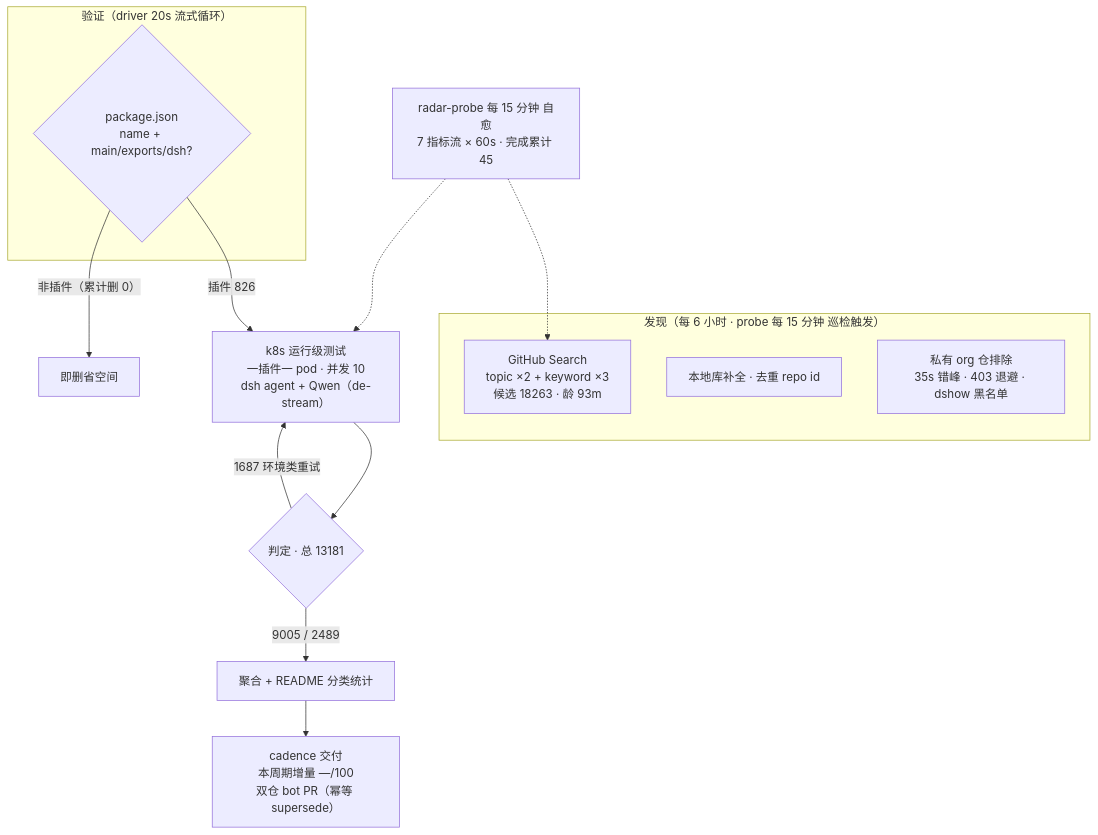
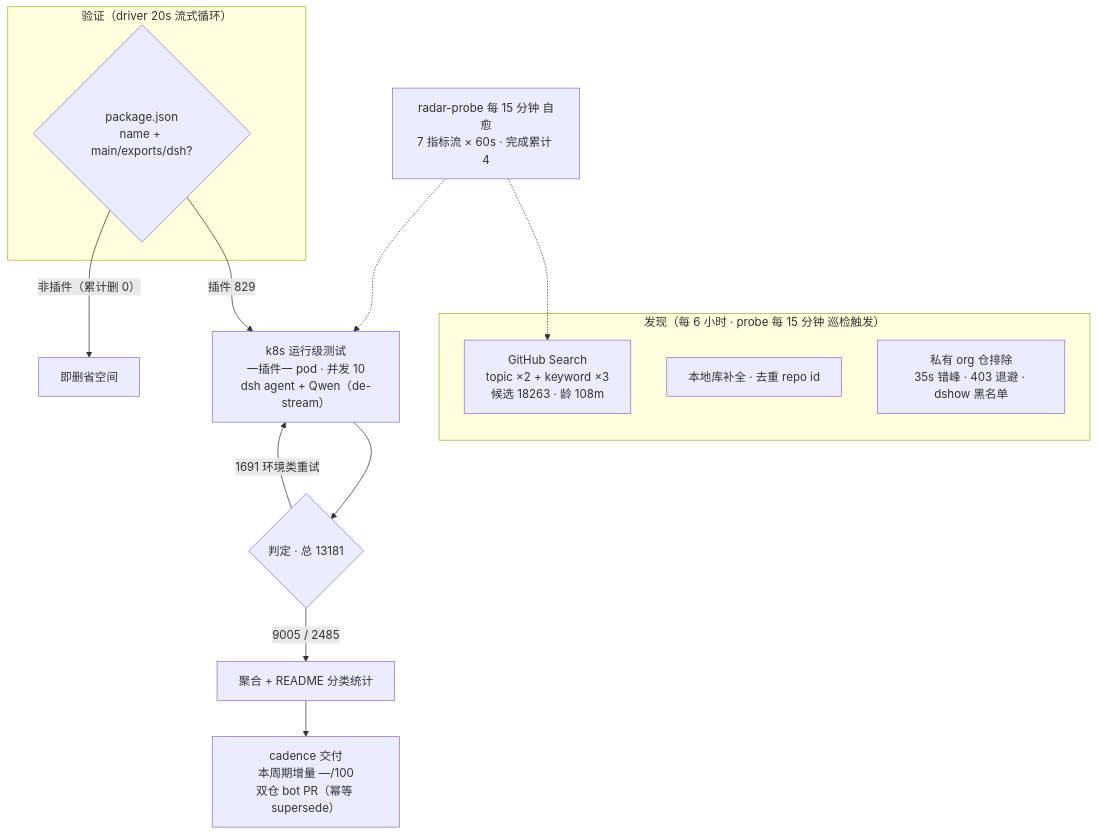
The diagram in README.md (AdamPlatin123/awesome-dsh-plugins), drawn with Mermaid before and after one commit. The commit also changed other lines of this file and 5 other files, not shown here.

````diff
--- a/README.md
+++ b/README.md
@@ -52,20 +52,20 @@
 ```mermaid
 flowchart TB
     subgraph Discovery["发现（每 6 小时 · probe 每 15 分钟 巡检触发）"]
-        A1["GitHub Search<br/>topic ×2 + keyword ×3<br/>候选 18263 · 龄 93m"]
+        A1["GitHub Search<br/>topic ×2 + keyword ×3<br/>候选 18263 · 龄 108m"]
         A2["本地库补全 · 去重 repo id"]
         A3["私有 org 仓排除<br/>35s 错峰 · 403 退避 · dshow 黑名单"]
     end
     subgraph Validation["验证（driver 20s 流式循环）"]
         B1{"package.json<br/>name + main/exports/dsh?"}
     end
-    B1 -->|"插件 826"| C1["k8s 运行级测试<br/>一插件一 pod · 并发 10<br/>dsh agent + Qwen（de-stream）"]
+    B1 -->|"插件 829"| C1["k8s 运行级测试<br/>一插件一 pod · 并发 10<br/>dsh agent + Qwen（de-stream）"]
     B1 -->|"非插件（累计删 0）"| B3["即删省空间"]
     C1 --> D1{"判定 · 总 13181"}
-    D1 -->|"9005 / 2489"| E1["聚合 + README 分类统计"]
-    D1 -->|"1687 环境类重试"| C1
+    D1 -->|"9005 / 2485"| E1["聚合 + README 分类统计"]
+    D1 -->|"1691 环境类重试"| C1
     E1 --> E2["cadence 交付<br/>本周期增量 —/100<br/>双仓 bot PR（幂等 supersede）"]
-    M["radar-probe 每 15 分钟 自愈<br/>7 指标流 × 60s · 完成累计 45"]
+    M["radar-probe 每 15 分钟 自愈<br/>7 指标流 × 60s · 完成累计 4"]
     M -.-> A1
     M -.-> C1
 ```
````
